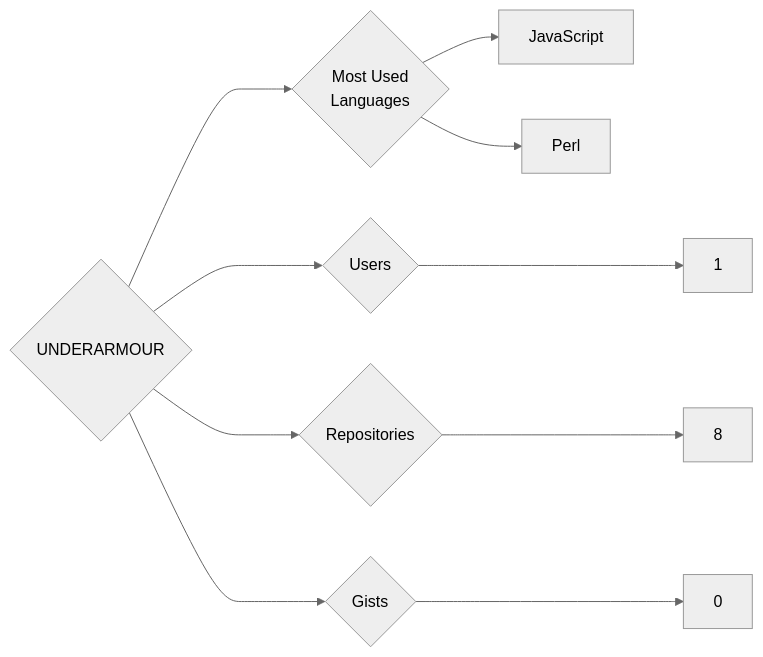
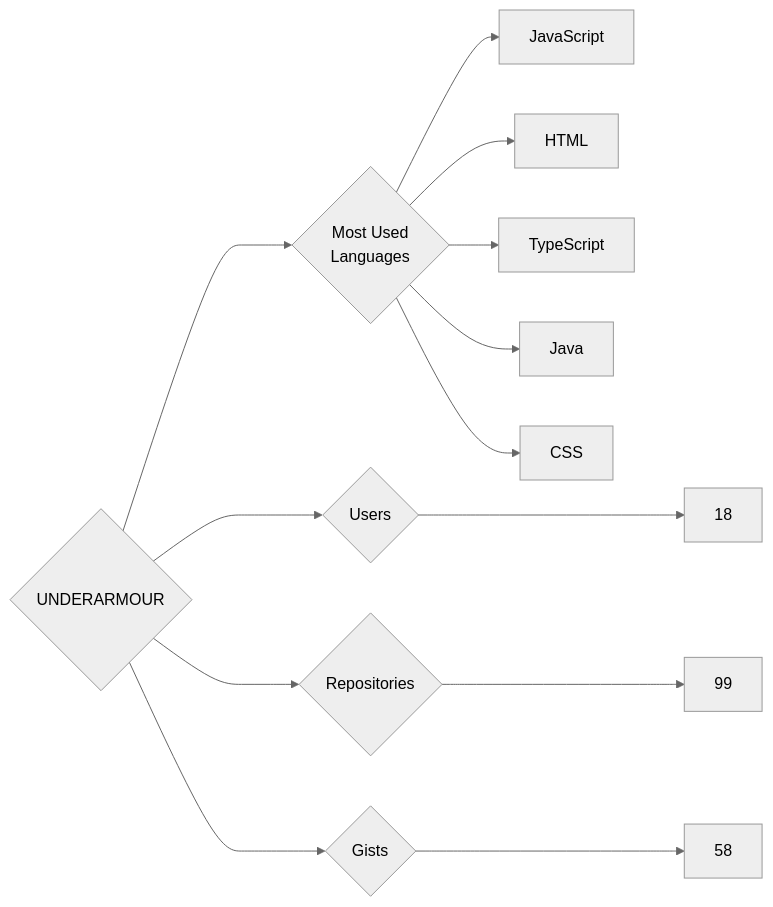
One commit to trickest/insiders changed the diagram in targets/UNDERARMOUR/README.md. Above: the diagram before and after it, drawn with Mermaid (neutral theme). The commit also changed 886 other files, not shown here.

````diff
--- a/targets/UNDERARMOUR/README.md
+++ b/targets/UNDERARMOUR/README.md
@@ -3,10 +3,13 @@
 ```mermaid
 graph LR
 COMPANY_NAME{UNDERARMOUR}
-COMPANY_NAME ---> U{Users} ---> UN[1]
-COMPANY_NAME ---> R{Repositories} ---> RN[8]
-COMPANY_NAME ---> G{Gists} ---> GN[0]
+COMPANY_NAME ---> U{Users} ---> UN[18]
+COMPANY_NAME ---> R{Repositories} ---> RN[99]
+COMPANY_NAME ---> G{Gists} ---> GN[58]
 COMPANY_NAME ---> ML{Most Used<br>Languages}
 ML --> JavaScript[JavaScript]
-ML --> Perl[Perl]
+ML --> HTML[HTML]
+ML --> TypeScript[TypeScript]
+ML --> Java[Java]
+ML --> CSS[CSS]
 ```
````
